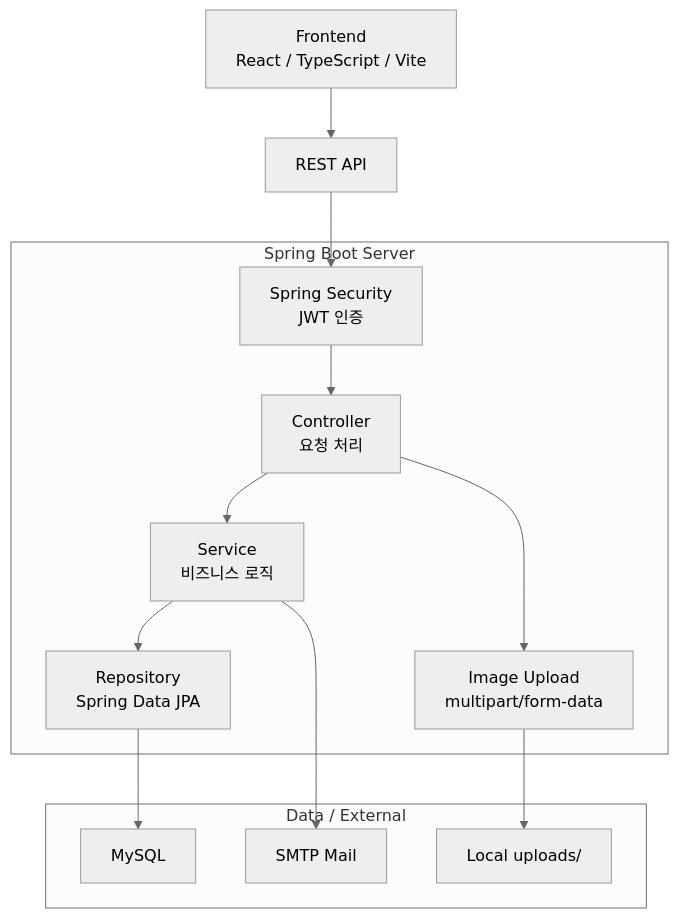
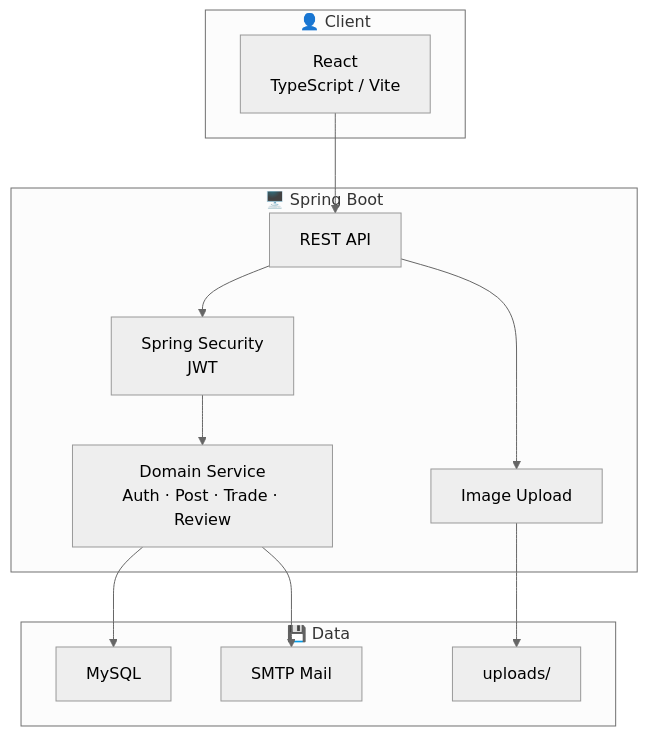
Before and after one commit to hjs7115/foodshare: the second of 2 diagrams in README.md, drawn with Mermaid (neutral theme). The commit also changed other lines of this file, not shown here.

Commit message:
docs: refine service readme

````diff
--- a/README.md
+++ b/README.md
@@ -66,27 +83,27 @@
 ```mermaid
 graph TB
-    Client["Frontend<br/>React / TypeScript / Vite"] --> API["REST API"]
-
-    subgraph Server["Spring Boot Server"]
-        Controller["Controller<br/>요청 처리"]
-        Service["Service<br/>비즈니스 로직"]
-        Repository["Repository<br/>Spring Data JPA"]
-        Security["Spring Security<br/>JWT 인증"]
-        Upload["Image Upload<br/>multipart/form-data"]
+    subgraph Client["👤 Client"]
+        Web["React<br/>TypeScript / Vite"]
     end
 
-    subgraph Data["Data / External"]
-        MySQL["MySQL"]
-        Mail["SMTP Mail"]
-        Files["Local uploads/"]
+    subgraph Server["🖥️ Spring Boot"]
+        API["REST API"]
+        Security["Spring Security<br/>JWT"]
+        Domain["Domain Service<br/>Auth · Post · Trade · Review"]
+        Upload["Image Upload"]
     end
 
+    subgraph Data["💾 Data"]
+        MySQL["MySQL"]
+        Files["uploads/"]
+        Mail["SMTP Mail"]
+    end
+
+    Web --> API
     API --> Security
-    Security --> Controller
-    Controller --> Service
-    Service --> Repository
-    Repository --> MySQL
-    Controller --> Upload
+    Security --> Domain
+    Domain --> MySQL
+    Domain --> Mail
+    API --> Upload
     Upload --> Files
-    Service --> Mail
 ```
````
